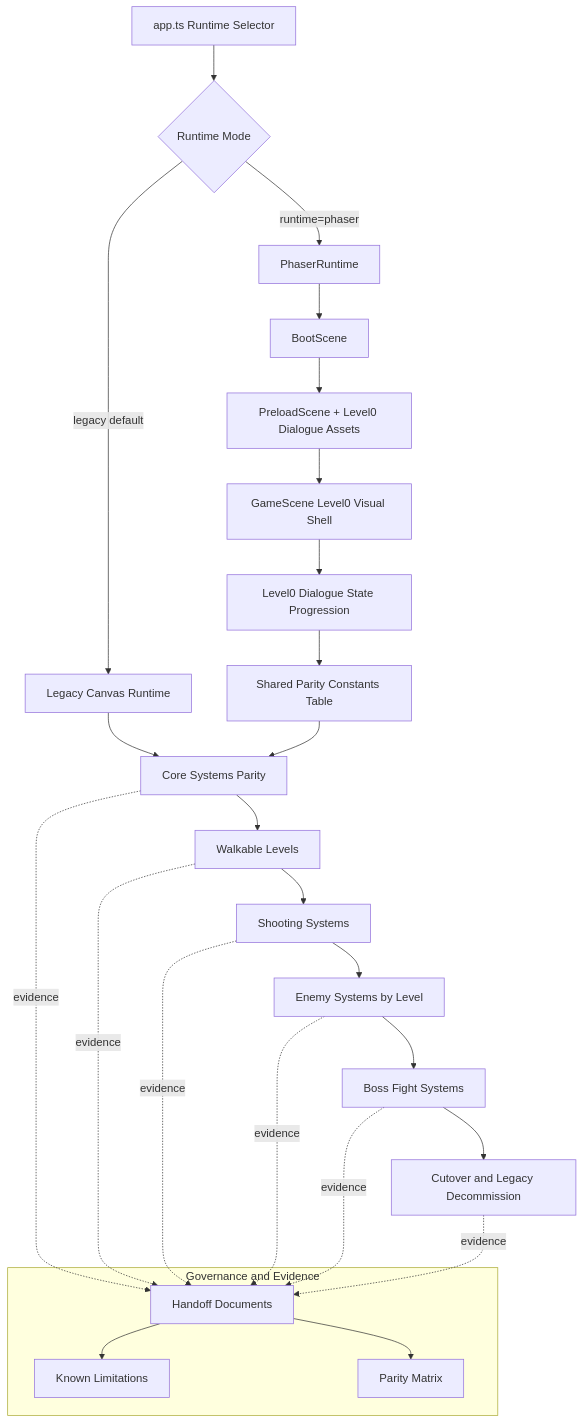
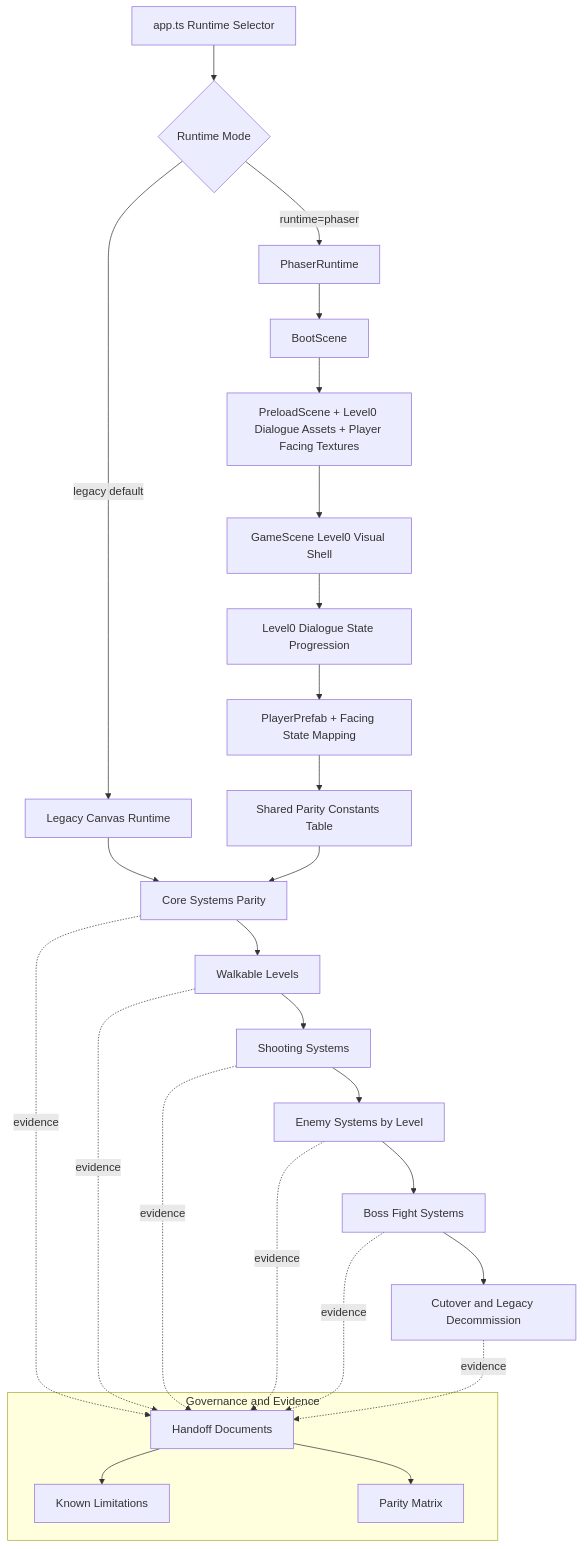
Before and after one commit to PatBaruch/VirusVanguardPhaser: the diagram in docs/architecture/phaser-migration.mmd, drawn with Mermaid. The commit also changed 17 other files, not shown here.

Commit message:
feat(parity:PR-009): implement player prefab facing-direction parity

```diff
--- a/docs/architecture/phaser-migration.mmd
+++ b/docs/architecture/phaser-migration.mmd
@@ -1,31 +1,32 @@
 flowchart TD
   A[app.ts Runtime Selector] --> B{Runtime Mode}
   B -->|legacy default| C[Legacy Canvas Runtime]
   B -->|runtime=phaser| D[PhaserRuntime]
   D --> D1[BootScene]
-  D1 --> D2[PreloadScene + Level0 Dialogue Assets]
+  D1 --> D2[PreloadScene + Level0 Dialogue Assets + Player Facing Textures]
   D2 --> D3[GameScene Level0 Visual Shell]
   D3 --> D4[Level0 Dialogue State Progression]
-  D4 --> D5[Shared Parity Constants Table]
+  D4 --> D5[PlayerPrefab + Facing State Mapping]
+  D5 --> D6[Shared Parity Constants Table]
   C --> E[Core Systems Parity]
-  D5 --> E
+  D6 --> E
   E --> F[Walkable Levels]
   F --> G[Shooting Systems]
   G --> H[Enemy Systems by Level]
   H --> I[Boss Fight Systems]
   I --> J[Cutover and Legacy Decommission]
 
   subgraph Governance[Governance and Evidence]
     K[Handoff Documents]
     L[Known Limitations]
     M[Parity Matrix]
   end
 
   E -.evidence.-> K
   F -.evidence.-> K
   G -.evidence.-> K
   H -.evidence.-> K
   I -.evidence.-> K
   J -.evidence.-> K
   K --> L
   K --> M
```
